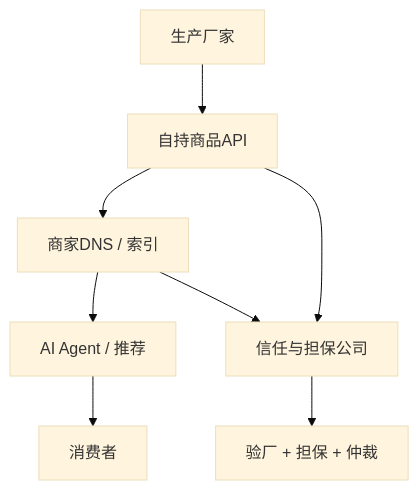
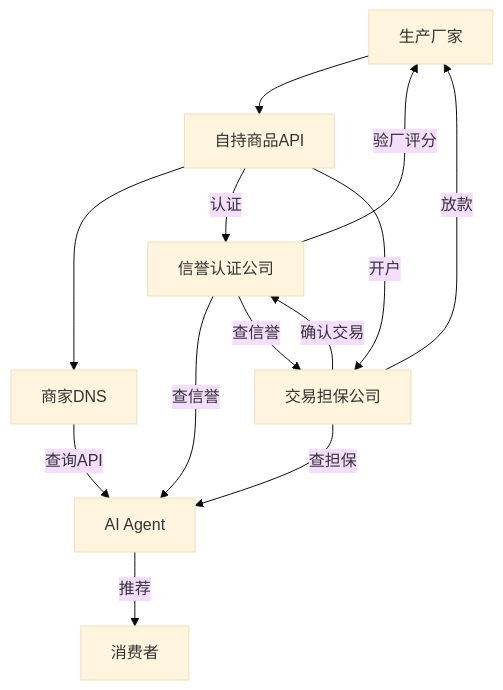
Before and after one commit to kaicen-x/ai-shopping-paradigm: the diagram in 中文简体/01-概述与愿景.md, drawn with Mermaid (base theme). The commit also changed other lines of this file and 15 other files, not shown here.

````diff
--- a/中文简体/01-概述与愿景.md
+++ b/中文简体/01-概述与愿景.md
@@ -40,11 +40,15 @@
 ```mermaid
 graph TD
     A[生产厂家] --> B[自持商品API]
-    B --> C[商家DNS / 索引]
-    C --> D[AI Agent / 推荐]
-    D --> E[消费者]
-    F[信任与担保公司]
-    B --> F
-    C --> F
-    F --> G[验厂 + 担保 + 仲裁]
+    B --> C[商家DNS]
+    B -->|认证| D[信誉认证公司]
+    B -->|开户| E[交易担保公司]
+    C -->|查询API| F[AI Agent]
+    D -->|查信誉| F
+    E -->|查担保| F
+    F -->|推荐| G[消费者]
+    D -->|验厂评分| A
+    E -->|放款| A
+    D -->|查信誉| E
+    E -->|确认交易| D
 ```
````
